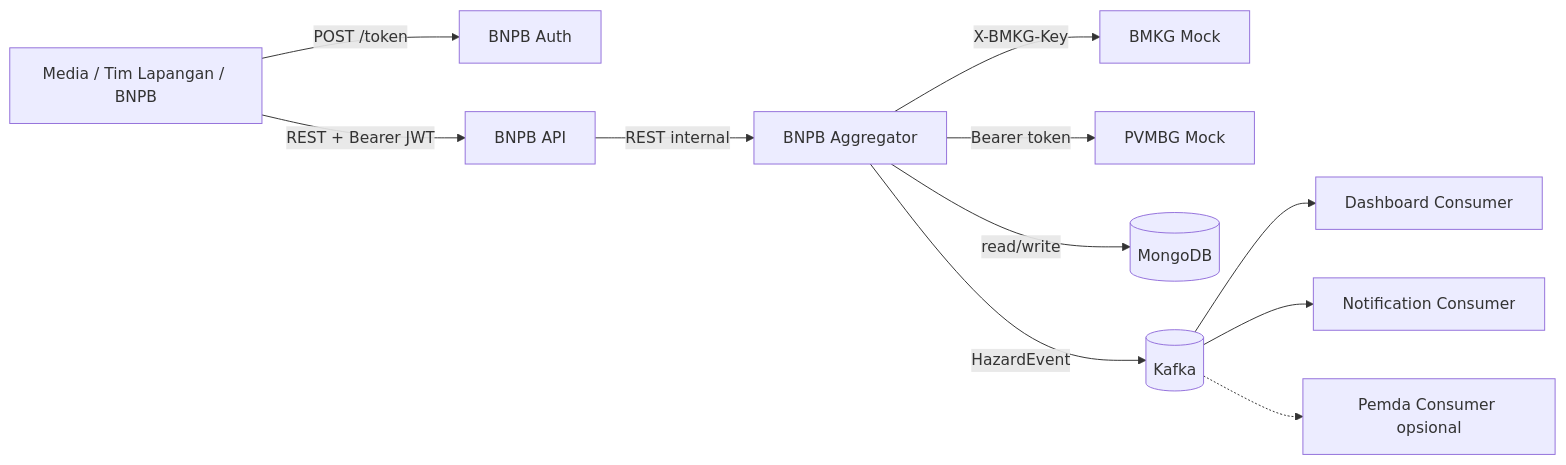
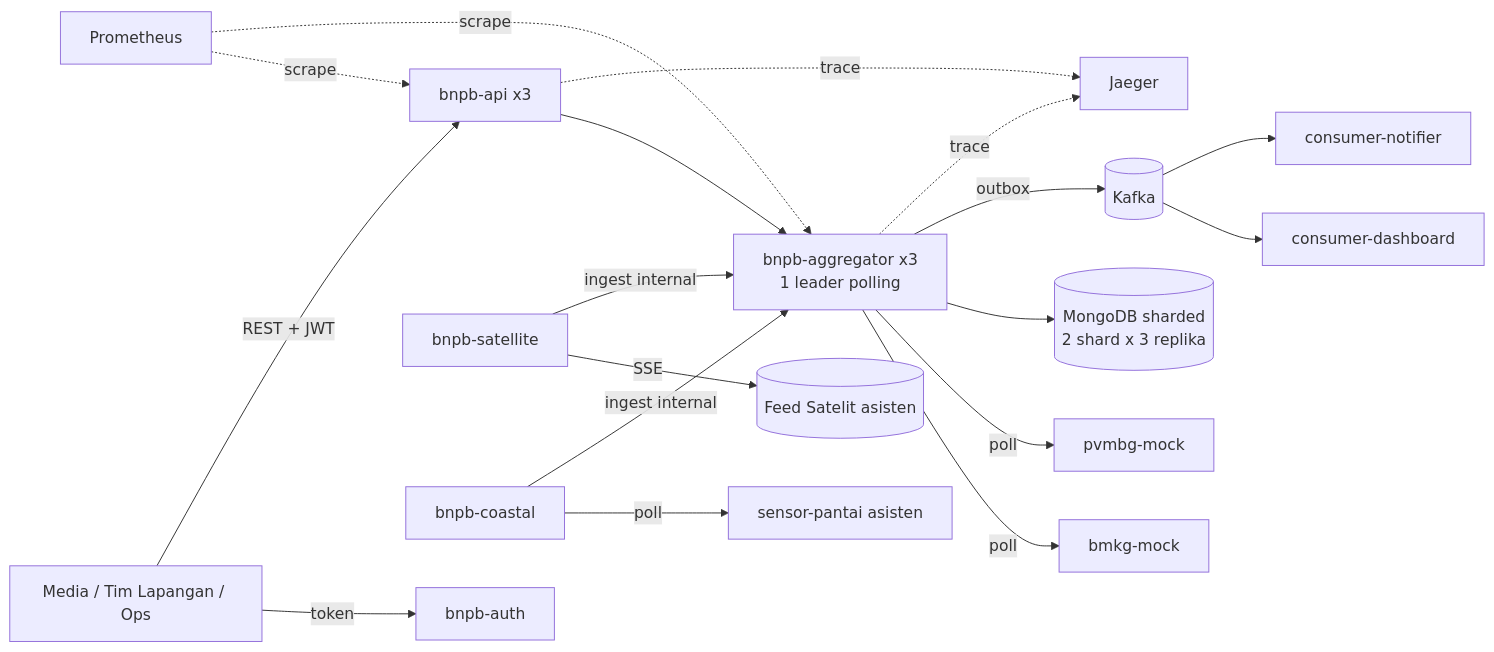
One commit to angkaberapa/AAT changed the diagram in README.md. Above: the diagram before and after it, drawn with Mermaid. The commit also changed other lines of this file and 4 other files, not shown here.

````diff
--- a/README.md
+++ b/README.md
@@ -5,13 +8,15 @@
 ```mermaid
 flowchart LR
-    C[Media / Tim Lapangan / BNPB] -->|POST /token| AUTH[BNPB Auth]
-    C -->|REST + Bearer JWT| API[BNPB API]
-    API -->|REST internal| AGG[BNPB Aggregator]
-    AGG -->|X-BMKG-Key| BMKG[BMKG Mock]
-    AGG -->|Bearer token| PVMBG[PVMBG Mock]
-    AGG -->|read/write| MONGO[(MongoDB)]
-    AGG -->|HazardEvent| KAFKA[(Kafka)]
-    KAFKA --> DASH[Dashboard Consumer]
-    KAFKA --> NOTIF[Notification Consumer]
-    KAFKA -.-> PEMDA[Pemda Consumer opsional]
+    C[Media / Tim Lapangan / Ops] -->|token| AUTH[bnpb-auth]
+    C -->|REST + JWT| API[bnpb-api x3]
+    API --> AGG[bnpb-aggregator x3<br/>1 leader polling]
+    AGG -->|poll| BMKG[bmkg-mock] & PVMBG[pvmbg-mock]
+    SAT[bnpb-satellite] -->|SSE| FEED[(Feed Satelit asisten)]
+    COA[bnpb-coastal] -->|poll| SP[sensor-pantai asisten]
+    SAT & COA -->|ingest internal| AGG
+    AGG --> MONGO[(MongoDB sharded<br/>2 shard x 3 replika)]
+    AGG -->|outbox| KAFKA[(Kafka)]
+    KAFKA --> DASH[consumer-dashboard] & NOTIF[consumer-notifier]
+    PROM[Prometheus] -.scrape.-> API & AGG
+    API & AGG -.trace.-> JAEGER[Jaeger]
 ```
````
